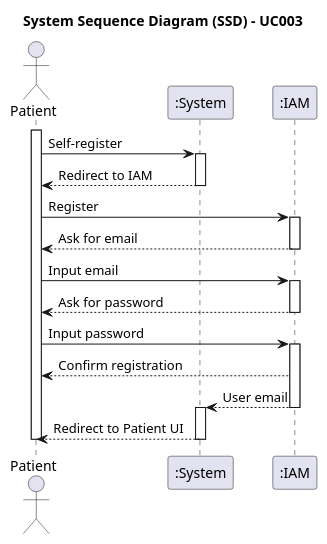
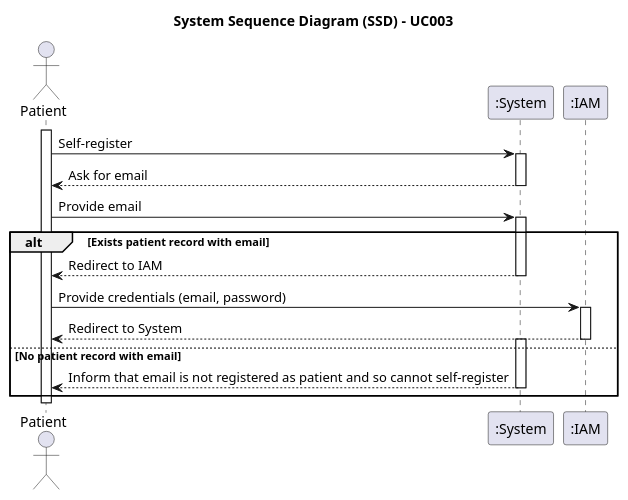
Before and after one commit to 1221124/sem5pi-24-25-g031: the diagram in docs/SprintA/UseCases/UC003/01.requirements-engineering/puml/uc003-system-sequence-diagram.puml, drawn with PlantUML. The commit also changed 2 other files, not shown here.

```diff
--- a/docs/SprintA/UseCases/UC003/01.requirements-engineering/puml/uc003-system-sequence-diagram.puml
+++ b/docs/SprintA/UseCases/UC003/01.requirements-engineering/puml/uc003-system-sequence-diagram.puml
@@ -1,52 +1,48 @@
 @startuml uc003-system-sequence-diagram
 
 title System Sequence Diagram (SSD) - UC003
 actor Patient as Patient
 participant ":System" as System
 participant ":IAM" as IAM
 
 activate Patient
 
     Patient -> System: Self-register
 
     activate System
 
-        System --> Patient: Redirect to IAM
+        System --> Patient: Ask for email
 
     deactivate System
 
-    Patient -> IAM: Register
+    Patient -> System: Provide email
 
-    activate IAM
+    alt Exists patient record with email
 
-        IAM --> Patient: Ask for email
+        activate System
 
-    deactivate IAM
+            System --> Patient: Redirect to IAM
 
-    Patient -> IAM: Input email
+        deactivate System
 
-    activate IAM
+        Patient -> IAM: Provide credentials (email, password)
 
-        IAM --> Patient: Ask for password
+        activate IAM
 
-    deactivate IAM
+            IAM --> Patient: Redirect to System
 
-    Patient -> IAM: Input password
+        deactivate IAM
 
-    activate IAM
+    else No patient record with email
 
-        IAM --> Patient: Confirm registration
+        activate System
 
-        IAM --> System: User email
-    
-    deactivate IAM
+            System --> Patient: Inform that email is not registered as patient and so cannot self-register
 
-    activate System
+        deactivate System
 
-        System --> Patient: Redirect to Patient UI
-
-    deactivate System
+    end
 
 deactivate Patient
 
 @enduml
```
